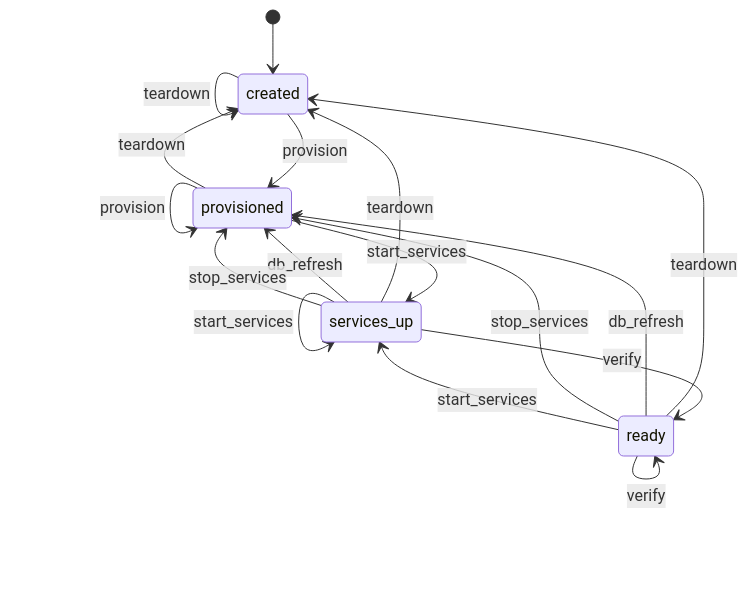
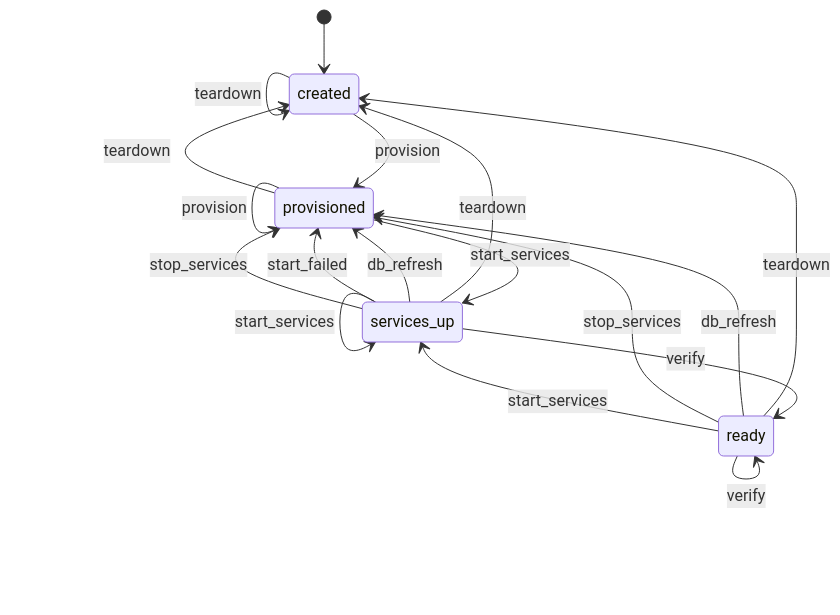
Before and after one commit to souliane/teatree: the third of 6 diagrams in README.md, drawn with Mermaid. The commit also changed 295 other files, not shown here.

````diff
--- a/README.md
+++ b/README.md
@@ -271,20 +271,21 @@
 ```mermaid
 stateDiagram-v2
     [*] --> created
     created --> created : teardown
     created --> provisioned : provision
     provisioned --> created : teardown
     provisioned --> provisioned : db_refresh
     provisioned --> provisioned : provision
     provisioned --> services_up : start_services
     services_up --> created : teardown
     services_up --> provisioned : db_refresh
+    services_up --> provisioned : start_failed
     services_up --> provisioned : stop_services
     services_up --> services_up : start_services
     services_up --> ready : verify
     ready --> created : teardown
     ready --> provisioned : db_refresh
     ready --> provisioned : stop_services
     ready --> services_up : start_services
     ready --> ready : verify
 ```
````
